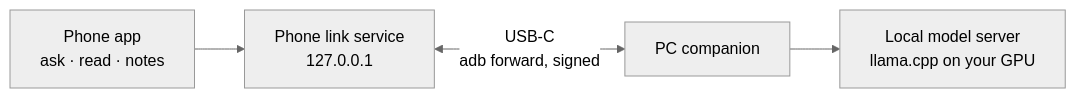
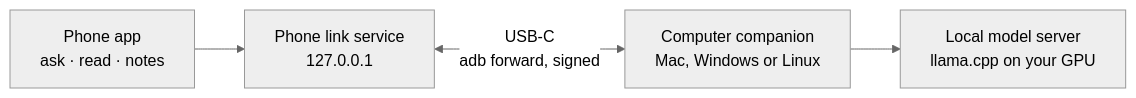
One commit to louiscalata/opos-gpu-link changed the diagram in README.md. Above: the diagram before and after it, drawn with Mermaid (neutral theme). The commit also changed other lines of this file, not shown here.

Commit message:
README: list the NVIDIA demo models and say computer, not PC, for the companion

````diff
--- a/README.md
+++ b/README.md
@@ -9,6 +9,6 @@
 ```mermaid
 flowchart LR
     A["Phone app<br/>ask · read · notes"] --> B["Phone link service<br/>127.0.0.1"]
-    B <-->|"USB-C<br/>adb forward, signed"| C["PC companion"]
+    B <-->|"USB-C<br/>adb forward, signed"| C["Computer companion<br/>Mac, Windows or Linux"]
     C --> D["Local model server<br/>llama.cpp on your GPU"]
 ```
````
